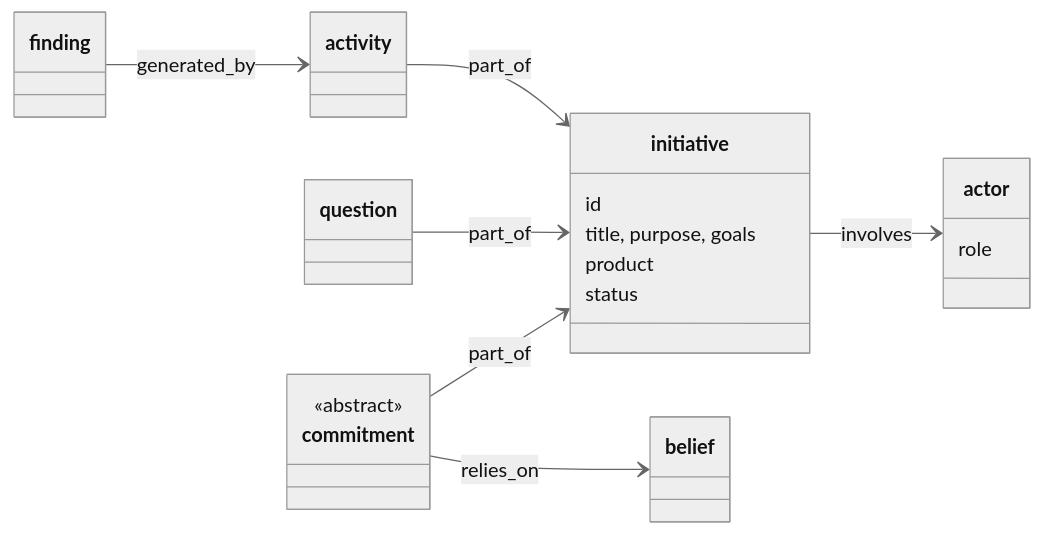
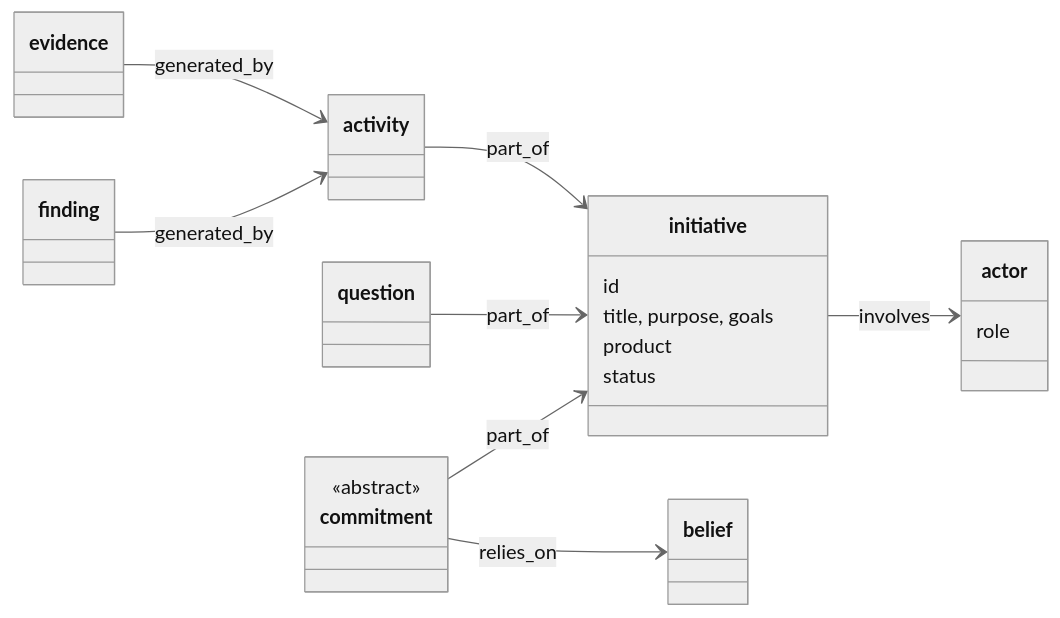
Before and after one commit to andycondon/loremason: the fifth of 5 diagrams in docs/context-graph/01-model.md, drawn with Mermaid (neutral theme). The commit also changed other lines of this file and 40 other files, not shown here.

````diff
--- a/docs/context-graph/01-model.md
+++ b/docs/context-graph/01-model.md
@@ -274,26 +267,28 @@
 ```mermaid
 classDiagram
   direction LR
   class initiative {
     id
     title, purpose, goals
     product
     status
   }
   class actor {
     role
   }
   class commitment {
     <<abstract>>
   }
   class question
   class activity
   class finding
+  class evidence
   class belief
   initiative --> actor : involves
   commitment --> initiative : part_of
   question --> initiative : part_of
   activity --> initiative : part_of
   finding --> activity : generated_by
+  evidence --> activity : generated_by
   commitment --> belief : relies_on
 ```
````
